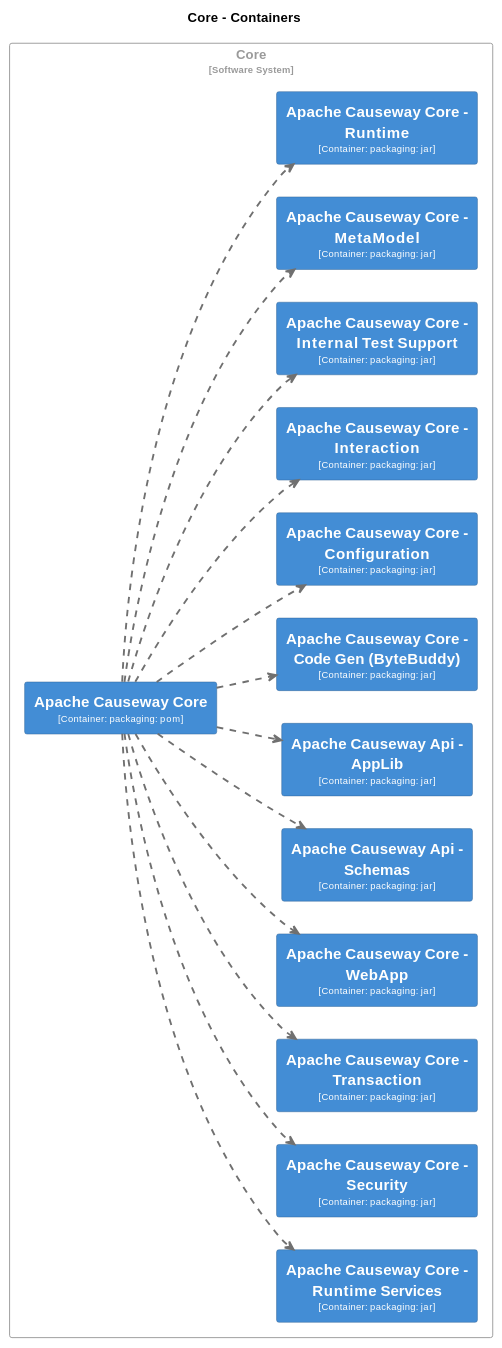
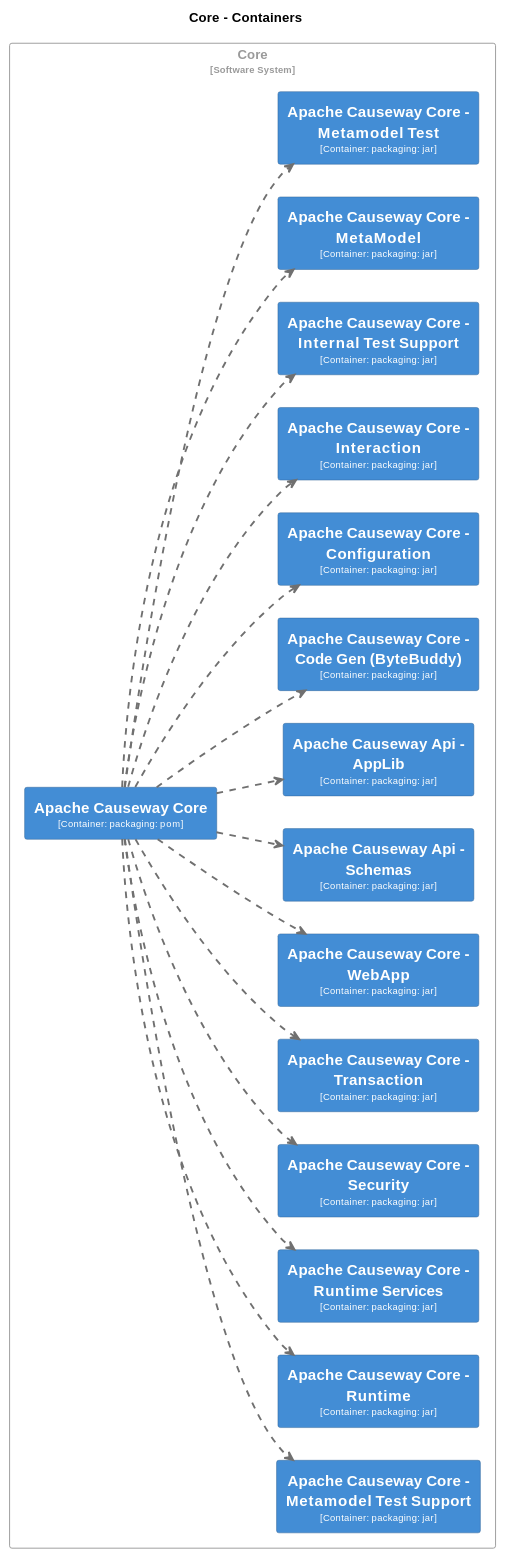
The sixth of 31 diagrams in core/adoc/modules/_overview/pages/about.adoc (apache/causeway), drawn with PlantUML before and after one commit. The commit also changed other lines of this file and 186 other files, not shown here.

```diff
--- a/core/adoc/modules/_overview/pages/about.adoc
+++ b/core/adoc/modules/_overview/pages/about.adoc
@@ -940,6 +940,18 @@
   BorderColor #2e6295
   shadowing false
 }
+skinparam rectangle<<Core.ApacheCausewayCoreMetamodelTest>> {
+  BackgroundColor #438dd5
+  FontColor #fffffe
+  BorderColor #2e6295
+  shadowing false
+}
+skinparam rectangle<<Core.ApacheCausewayCoreMetamodelTestSupport>> {
+  BackgroundColor #438dd5
+  FontColor #fffffe
+  BorderColor #2e6295
+  shadowing false
+}
 skinparam rectangle<<Core.ApacheCausewayCoreRuntime>> {
   BackgroundColor #438dd5
   FontColor #fffffe
@@ -977,6 +989,8 @@
 }
 
 rectangle "Core\n<size:10>[Software System]</size>" <<Core>> {
+  rectangle "==Apache Causeway Core - Metamodel Test Support\n<size:10>[Container: packaging: jar]</size>" <<Core.ApacheCausewayCoreMetamodelTestSupport>> as Core.ApacheCausewayCoreMetamodelTestSupport
+  rectangle "==Apache Causeway Core - Runtime\n<size:10>[Container: packaging: jar]</size>" <<Core.ApacheCausewayCoreRuntime>> as Core.ApacheCausewayCoreRuntime
   rectangle "==Apache Causeway Core - Runtime Services\n<size:10>[Container: packaging: jar]</size>" <<Core.ApacheCausewayCoreRuntimeServices>> as Core.ApacheCausewayCoreRuntimeServices
   rectangle "==Apache Causeway Core - Security\n<size:10>[Container: packaging: jar]</size>" <<Core.ApacheCausewayCoreSecurity>> as Core.ApacheCausewayCoreSecurity
   rectangle "==Apache Causeway Core - Transaction\n<size:10>[Container: packaging: jar]</size>" <<Core.ApacheCausewayCoreTransaction>> as Core.ApacheCausewayCoreTransaction
@@ -989,7 +1003,7 @@
   rectangle "==Apache Causeway Core - Interaction\n<size:10>[Container: packaging: jar]</size>" <<Core.ApacheCausewayCoreInteraction>> as Core.ApacheCausewayCoreInteraction
   rectangle "==Apache Causeway Core - Internal Test Support\n<size:10>[Container: packaging: jar]</size>" <<Core.ApacheCausewayCoreInternalTestSupport>> as Core.ApacheCausewayCoreInternalTestSupport
   rectangle "==Apache Causeway Core - MetaModel\n<size:10>[Container: packaging: jar]</size>" <<Core.ApacheCausewayCoreMetaModel>> as Core.ApacheCausewayCoreMetaModel
-  rectangle "==Apache Causeway Core - Runtime\n<size:10>[Container: packaging: jar]</size>" <<Core.ApacheCausewayCoreRuntime>> as Core.ApacheCausewayCoreRuntime
+  rectangle "==Apache Causeway Core - Metamodel Test\n<size:10>[Container: packaging: jar]</size>" <<Core.ApacheCausewayCoreMetamodelTest>> as Core.ApacheCausewayCoreMetamodelTest
 }
 
 Core.ApacheCausewayCore .[#707070,thickness=2].> Core.ApacheCausewayApiAppLib : "<color:#707070>"
@@ -998,6 +1012,8 @@
 Core.ApacheCausewayCore .[#707070,thickness=2].> Core.ApacheCausewayCoreInteraction : "<color:#707070>"
 Core.ApacheCausewayCore .[#707070,thickness=2].> Core.ApacheCausewayCoreInternalTestSupport : "<color:#707070>"
 Core.ApacheCausewayCore .[#707070,thickness=2].> Core.ApacheCausewayCoreMetaModel : "<color:#707070>"
+Core.ApacheCausewayCore .[#707070,thickness=2].> Core.ApacheCausewayCoreMetamodelTest : "<color:#707070>"
+Core.ApacheCausewayCore .[#707070,thickness=2].> Core.ApacheCausewayCoreMetamodelTestSupport : "<color:#707070>"
 Core.ApacheCausewayCore .[#707070,thickness=2].> Core.ApacheCausewayCoreRuntime : "<color:#707070>"
 Core.ApacheCausewayCore .[#707070,thickness=2].> Core.ApacheCausewayCoreRuntimeServices : "<color:#707070>"
 Core.ApacheCausewayCore .[#707070,thickness=2].> Core.ApacheCausewayCoreSecurity : "<color:#707070>"
```
